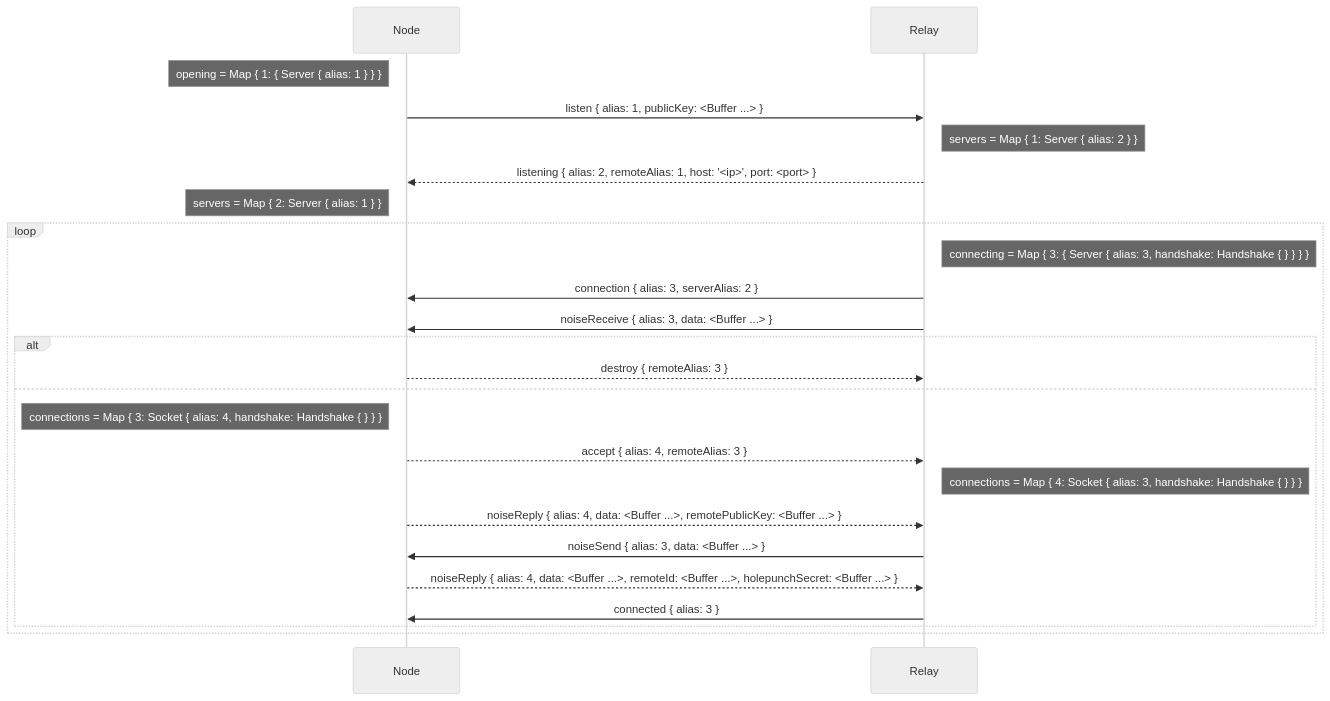
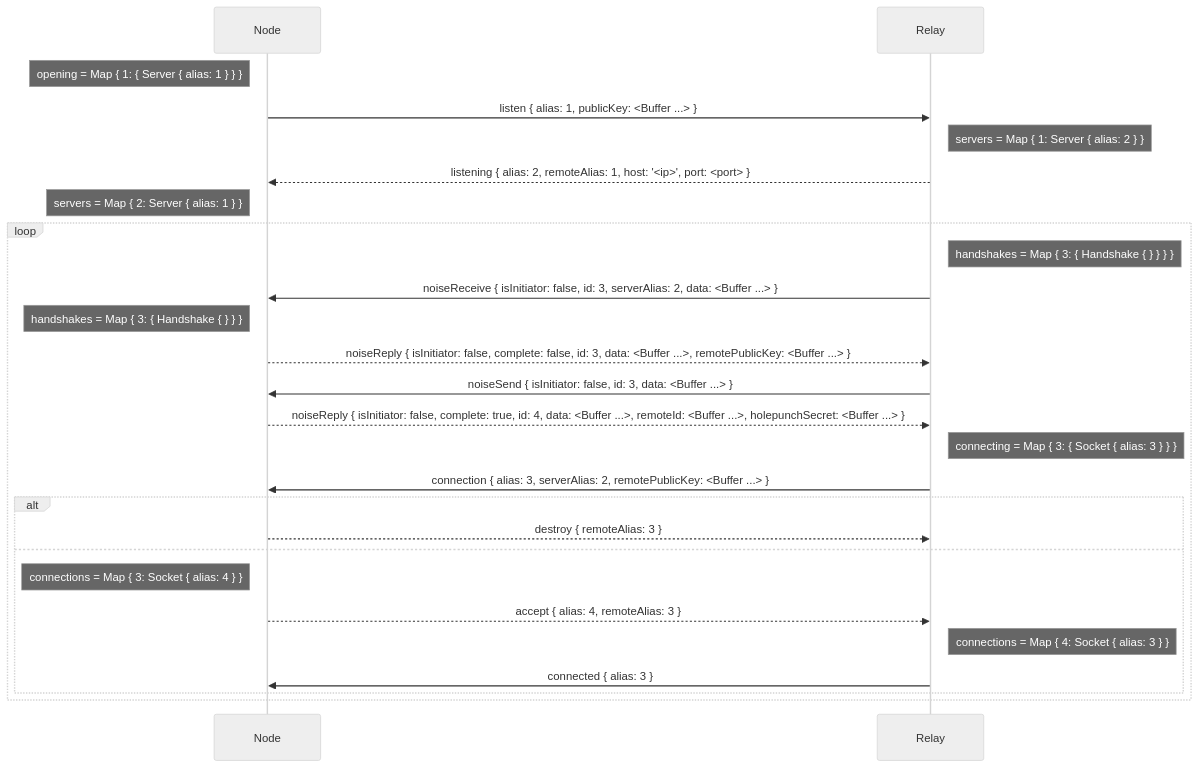
One commit to holepunchto/hyperswarm-dht-relay changed the diagram in media/diagrams/create-server-handshake.mmd. Above: the diagram before and after it, drawn with Mermaid (neutral theme). The commit also changed 15 other files, not shown here.

```diff
--- a/media/diagrams/create-server-handshake.mmd
+++ b/media/diagrams/create-server-handshake.mmd
@@ -1,39 +1,43 @@
 sequenceDiagram
   participant N as Node
   participant R as Relay
 
   note left of N: opening = Map { 1: { Server { alias: 1 } } }
 
   N->>R: listen { alias: 1, publicKey: <Buffer ...> }
 
   note right of R: servers = Map { 1: Server { alias: 2 } }
 
   R-->>N: listening { alias: 2, remoteAlias: 1, host: '<ip>', port: <port> }
 
   note left of N: servers = Map { 2: Server { alias: 1 } }
 
   loop
-    note right of R: connecting = Map { 3: { Server { alias: 3, handshake: Handshake { } } } }
+    note right of R: handshakes = Map { 3: { Handshake { } } } }
 
-    R->>N: connection { alias: 3, serverAlias: 2 }
+    R->>N: noiseReceive { isInitiator: false, id: 3, serverAlias: 2, data: <Buffer ...> }
 
-    R->>N: noiseReceive { alias: 3, data: <Buffer ...> }
+    note left of N: handshakes = Map { 3: { Handshake { } } }
+
+    N-->>R: noiseReply { isInitiator: false, complete: false, id: 3, data: <Buffer ...>, remotePublicKey: <Buffer ...> }
+
+    R->>N: noiseSend { isInitiator: false, id: 3, data: <Buffer ...> }
+
+    N-->>R: noiseReply { isInitiator: false, complete: true, id: 4, data: <Buffer ...>, remoteId: <Buffer ...>, holepunchSecret: <Buffer ...> }
+
+    note right of R: connecting = Map { 3: { Socket { alias: 3 } } }
+
+    R->>N: connection { alias: 3, serverAlias: 2, remotePublicKey: <Buffer ...> }
 
     alt
       N-->>R: destroy { remoteAlias: 3 }
     else
-      note left of N: connections = Map { 3: Socket { alias: 4, handshake: Handshake { } } }
+      note left of N: connections = Map { 3: Socket { alias: 4 } }
 
       N-->>R: accept { alias: 4, remoteAlias: 3 }
 
-      note right of R: connections = Map { 4: Socket { alias: 3, handshake: Handshake { } } }
-
-      N-->>R: noiseReply { alias: 4, data: <Buffer ...>, remotePublicKey: <Buffer ...> }
-
-      R->>N: noiseSend { alias: 3, data: <Buffer ...> }
-
-      N-->>R: noiseReply { alias: 4, data: <Buffer ...>, remoteId: <Buffer ...>, holepunchSecret: <Buffer ...> }
+      note right of R: connections = Map { 4: Socket { alias: 3 } }
 
       R->>N: connected { alias: 3 }
     end
   end
```
